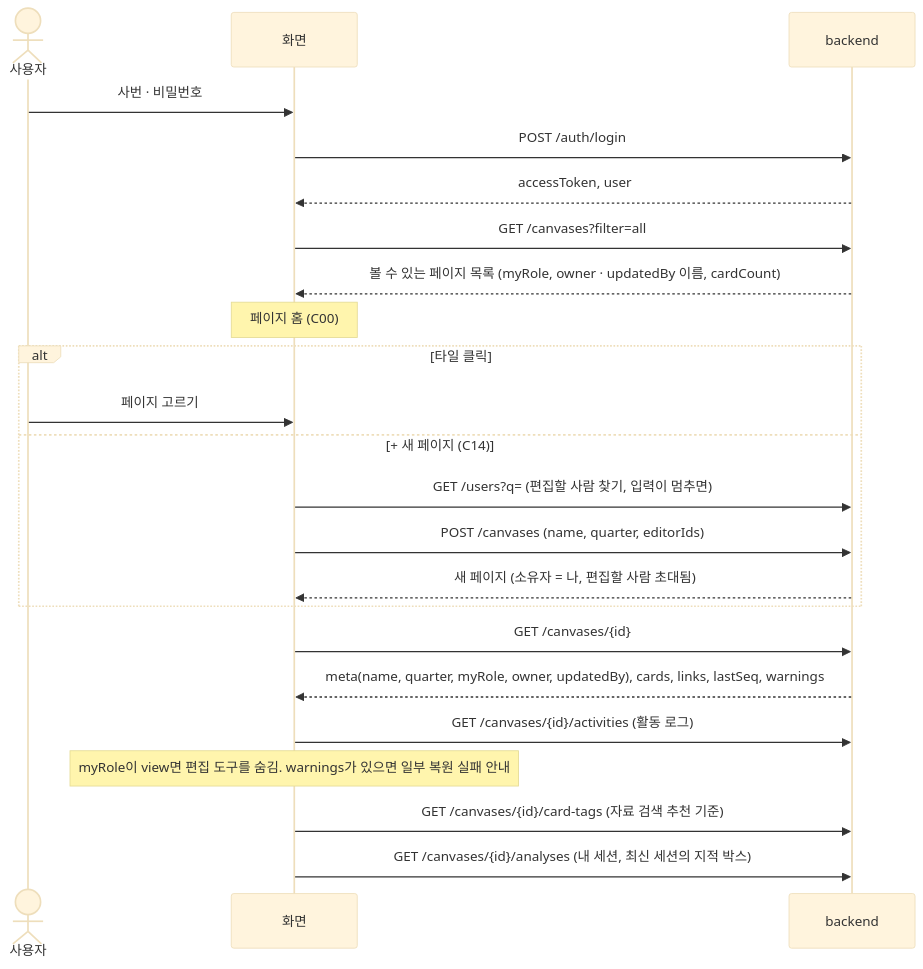
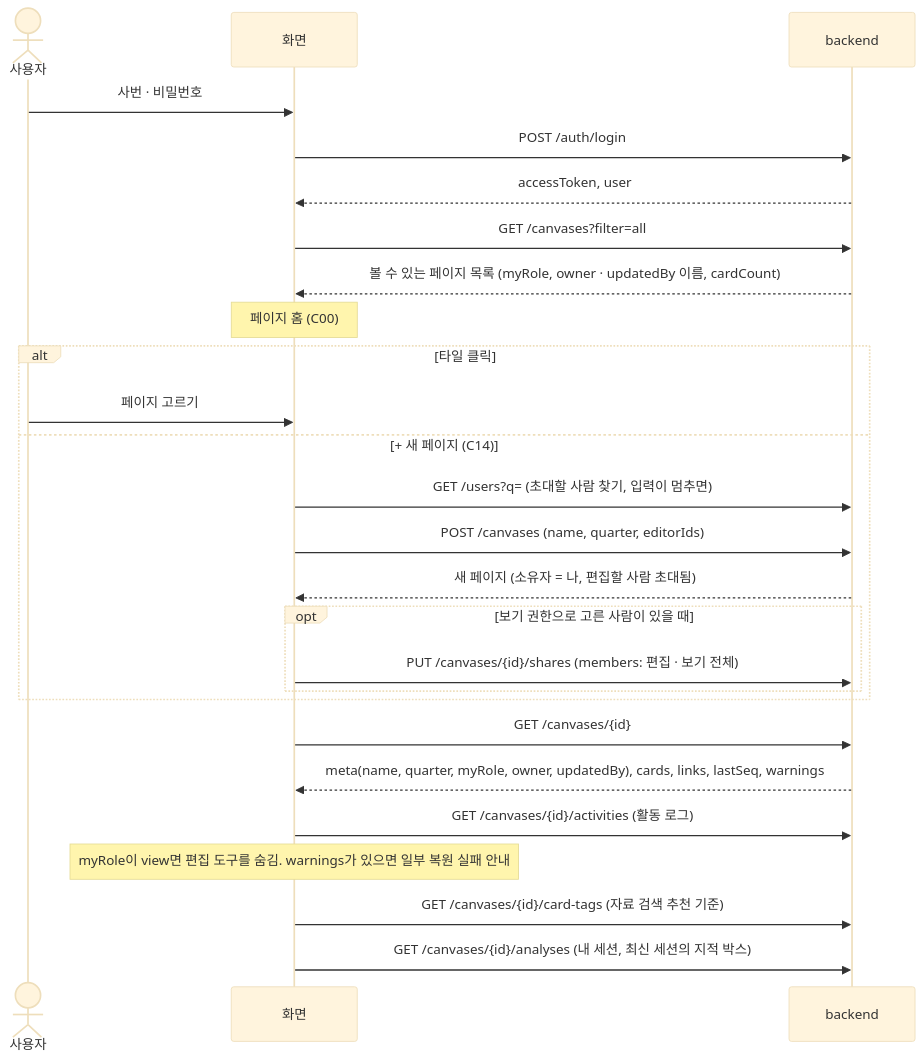
Before and after one commit to vamos-team/telescope: the second of 8 diagrams in docs/frontend/api-diagram.md, drawn with Mermaid (base theme). The commit also changed 4 other files, not shown here.

````diff
--- a/docs/frontend/api-diagram.md
+++ b/docs/frontend/api-diagram.md
@@ -53,26 +53,29 @@
 ```mermaid
 sequenceDiagram
   actor U as 사용자
   participant F as 화면
   participant B as backend
 
   U->>F: 사번 · 비밀번호
   F->>B: POST /auth/login
   B-->>F: accessToken, user
   F->>B: GET /canvases?filter=all
   B-->>F: 볼 수 있는 페이지 목록 (myRole, owner · updatedBy 이름, cardCount)
   Note over F: 페이지 홈 (C00)
   alt 타일 클릭
     U->>F: 페이지 고르기
   else + 새 페이지 (C14)
-    F->>B: GET /users?q= (편집할 사람 찾기, 입력이 멈추면)
+    F->>B: GET /users?q= (초대할 사람 찾기, 입력이 멈추면)
     F->>B: POST /canvases (name, quarter, editorIds)
     B-->>F: 새 페이지 (소유자 = 나, 편집할 사람 초대됨)
+    opt 보기 권한으로 고른 사람이 있을 때
+        F->>B: PUT /canvases/{id}/shares (members: 편집 · 보기 전체)
+    end
   end
   F->>B: GET /canvases/{id}
   B-->>F: meta(name, quarter, myRole, owner, updatedBy), cards, links, lastSeq, warnings
   F->>B: GET /canvases/{id}/activities (활동 로그)
   Note over F: myRole이 view면 편집 도구를 숨김. warnings가 있으면 일부 복원 실패 안내
   F->>B: GET /canvases/{id}/card-tags (자료 검색 추천 기준)
   F->>B: GET /canvases/{id}/analyses (내 세션, 최신 세션의 지적 박스)
 ```
````
